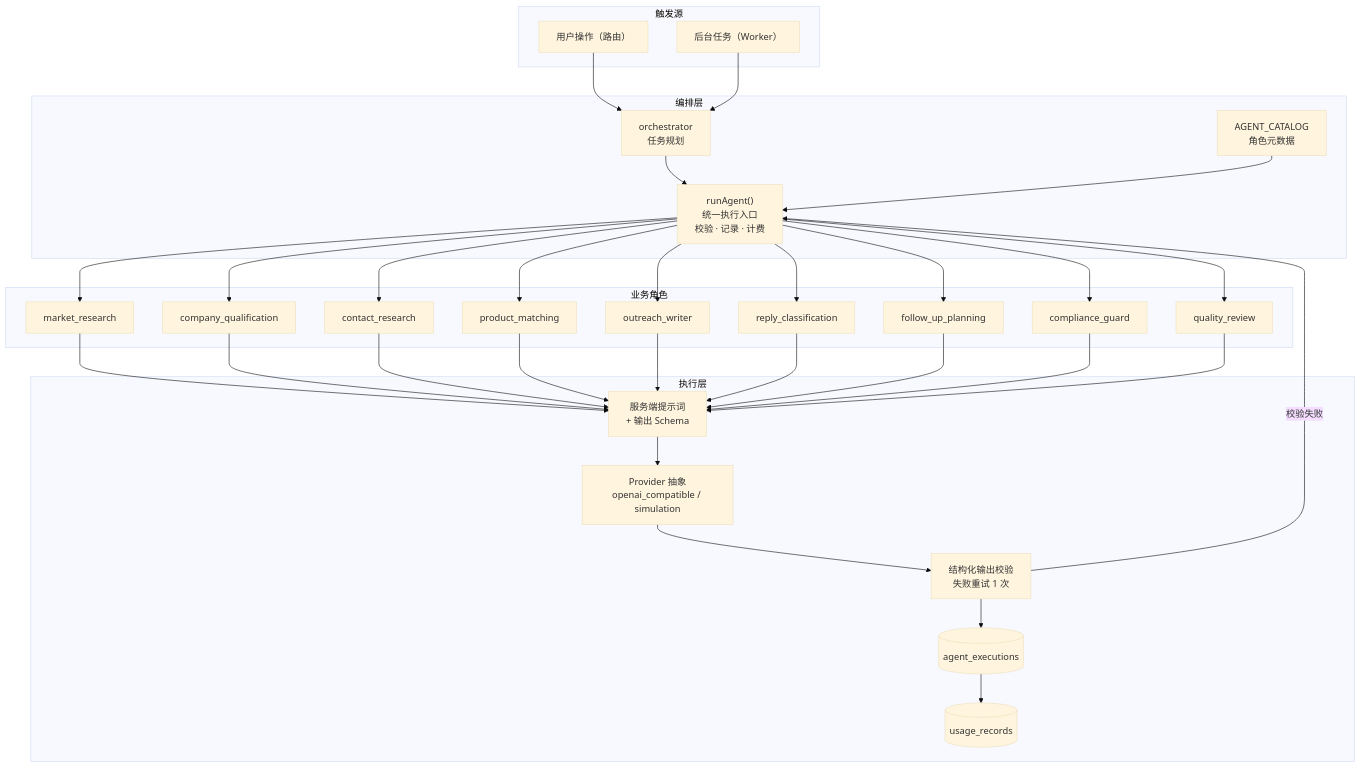
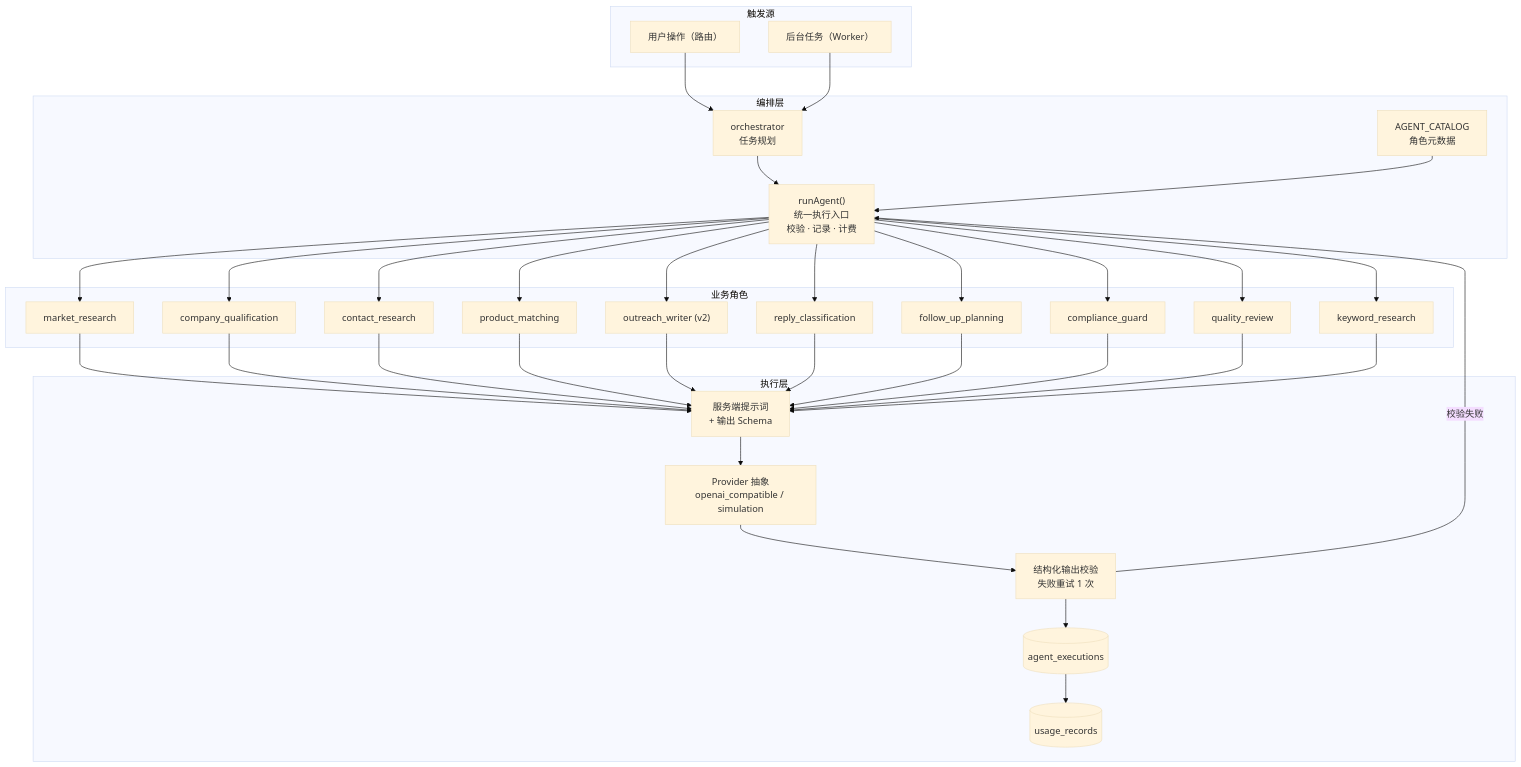
Before and after one commit to zhirai-tech/ai-lead-generation-crm: the fourth of 11 diagrams in docs/ARCHITECTURE.md, drawn with Mermaid (base theme). The commit also changed other lines of this file and 52 other files, not shown here.

````diff
--- a/docs/ARCHITECTURE.md
+++ b/docs/ARCHITECTURE.md
@@ -363,42 +365,43 @@
 ```mermaid
 flowchart TB
     subgraph Trigger["触发源"]
         U["用户操作（路由）"]
         J["后台任务（Worker）"]
     end
     subgraph Orchestration["编排层"]
         ORCH["orchestrator<br/>任务规划"]
         REG["runAgent()<br/>统一执行入口<br/>校验 · 记录 · 计费"]
         CAT["AGENT_CATALOG<br/>角色元数据"]
     end
     subgraph Exec["执行层"]
         PROV["Provider 抽象<br/>openai_compatible / simulation"]
         PRM["服务端提示词<br/>+ 输出 Schema"]
         VAL["结构化输出校验<br/>失败重试 1 次"]
         EXEC[("agent_executions")]
         USG[("usage_records")]
     end
     subgraph Roles["业务角色"]
         R1["market_research"]
         R2["company_qualification"]
         R3["contact_research"]
         R4["product_matching"]
-        R5["outreach_writer"]
+        R5["outreach_writer (v2)"]
         R6["reply_classification"]
         R7["follow_up_planning"]
         R8["compliance_guard"]
         R9["quality_review"]
+        R10["keyword_research"]
     end
 
     U --> ORCH
     J --> ORCH
     ORCH --> REG
     CAT --> REG
-    REG --> R1 & R2 & R3 & R4 & R5 & R6 & R7 & R8 & R9
-    R1 & R2 & R3 & R4 & R5 & R6 & R7 & R8 & R9 --> PRM
+    REG --> R1 & R2 & R3 & R4 & R5 & R6 & R7 & R8 & R9 & R10
+    R1 & R2 & R3 & R4 & R5 & R6 & R7 & R8 & R9 & R10 --> PRM
     PRM --> PROV
     PROV --> VAL
     VAL --> EXEC
     EXEC --> USG
     VAL -->|"校验失败"| REG
 ```
````
